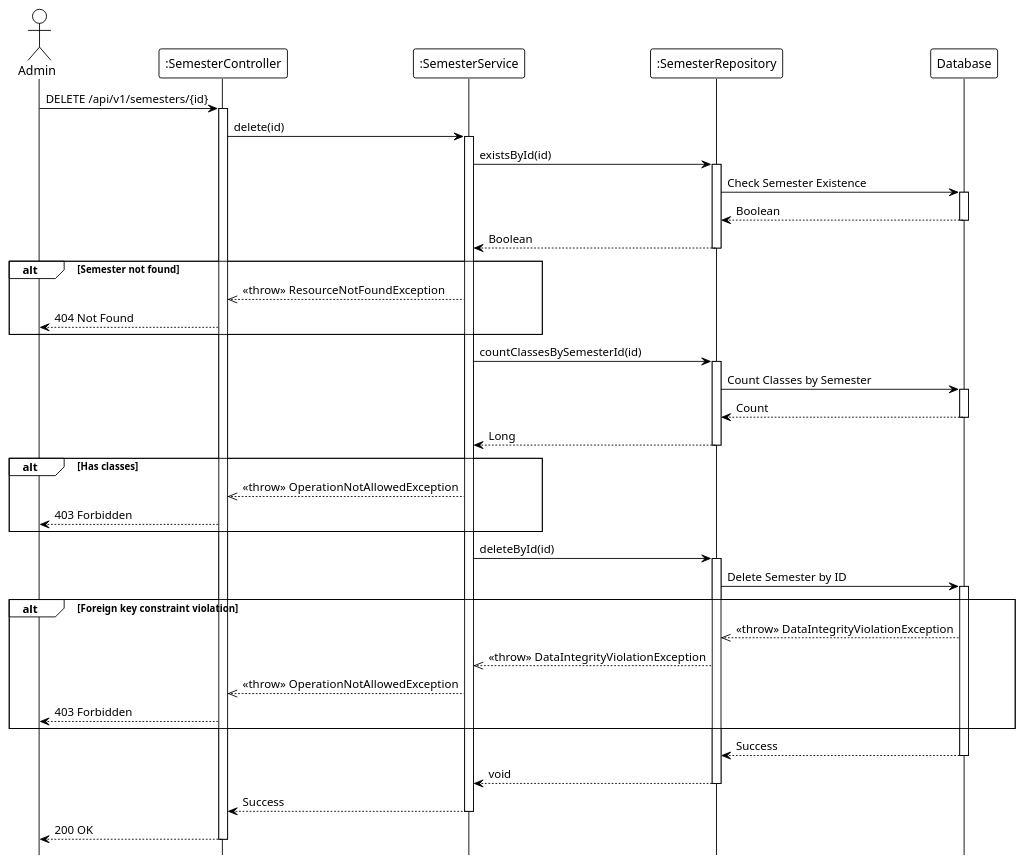
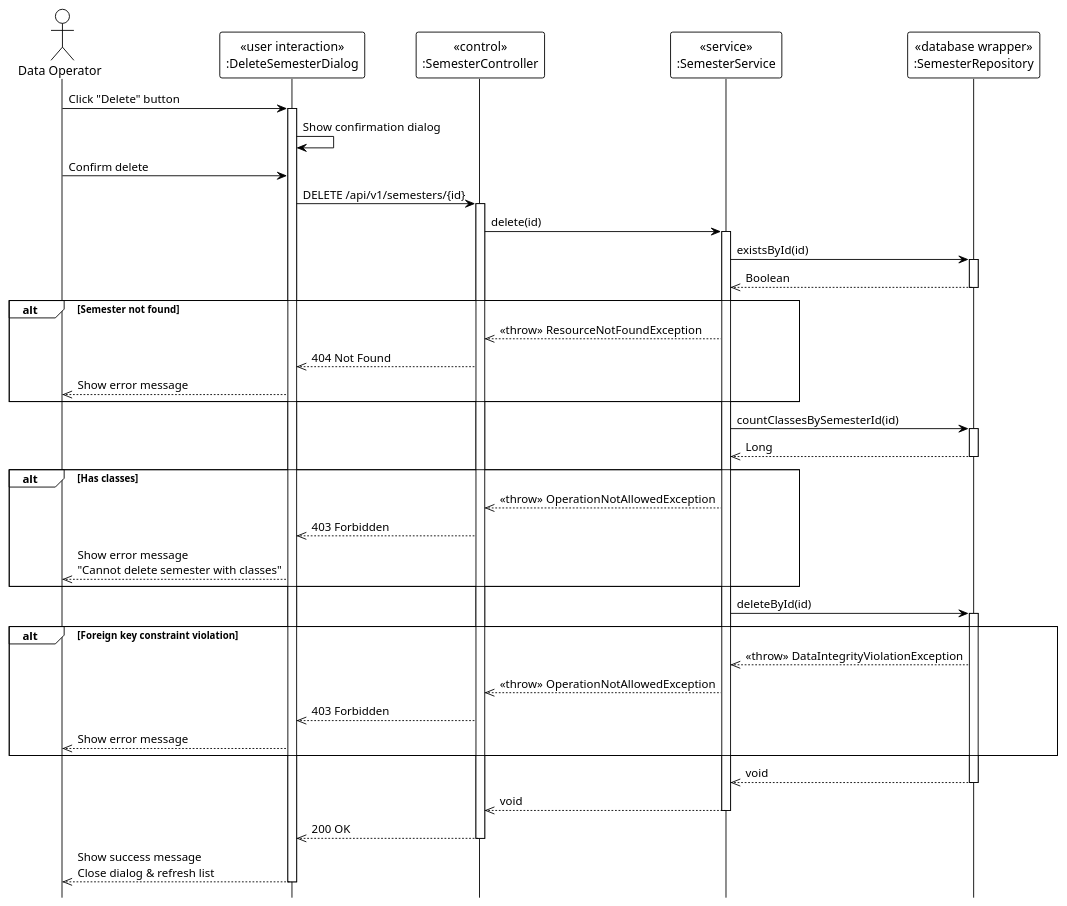
Before and after one commit to Ndh474/context: the diagram in system_detailed_design/09_delete_semester/sequence_diagram_delete_semester.puml, drawn with PlantUML. The commit also changed 6 other files, not shown here.

Commit message:
docs(system_detailed_design): update semester sequence diagrams with UML stereotypes

```diff
--- a/system_detailed_design/09_delete_semester/sequence_diagram_delete_semester.puml
+++ b/system_detailed_design/09_delete_semester/sequence_diagram_delete_semester.puml
@@ -1,78 +1,72 @@
 @startuml delete_semester
 !theme plain
 hide footbox
 
-actor Admin
-participant ":SemesterController" as Controller
-participant ":SemesterService" as Service
-participant ":SemesterRepository" as Repository
-participant "Database" as DB
+actor "Data Operator" as DataOperator
 
-' --- MAIN FLOW ---
-Admin -> Controller: DELETE /api/v1/semesters/{id}
+participant "«user interaction»\n:DeleteSemesterDialog" as UI
+participant "«control»\n:SemesterController" as Controller
+participant "«service»\n:SemesterService" as Service
+participant "«database wrapper»\n:SemesterRepository" as Repository
+
+' === MAIN FLOW ===
+DataOperator -> UI: Click "Delete" button
+activate UI
+
+UI -> UI: Show confirmation dialog
+
+DataOperator -> UI: Confirm delete
+UI -> Controller: DELETE /api/v1/semesters/{id}
 activate Controller
 
 Controller -> Service: delete(id)
 activate Service
 
-' --- CHECK EXISTENCE ---
+' === CHECK EXISTENCE ===
 Service -> Repository: existsById(id)
 activate Repository
-
-Repository -> DB: Check Semester Existence
-activate DB
-DB --> Repository: Boolean
-deactivate DB
-
-Repository --> Service: Boolean
+Repository -->> Service: Boolean
 deactivate Repository
 
 alt Semester not found
     Service -->> Controller: <<throw>> ResourceNotFoundException
-    Controller --> Admin: 404 Not Found
+    Controller -->> UI: 404 Not Found
+    UI -->> DataOperator: Show error message
 end
 
-' --- CHECK CLASSES ---
+' === CHECK CLASSES ===
 Service -> Repository: countClassesBySemesterId(id)
 activate Repository
-
-Repository -> DB: Count Classes by Semester
-activate DB
-DB --> Repository: Count
-deactivate DB
-
-Repository --> Service: Long
+Repository -->> Service: Long
 deactivate Repository
 
 alt Has classes
     Service -->> Controller: <<throw>> OperationNotAllowedException
-    Controller --> Admin: 403 Forbidden
+    Controller -->> UI: 403 Forbidden
+    UI -->> DataOperator: Show error message\n"Cannot delete semester with classes"
 end
 
-' --- DELETE OPERATION ---
+' === DELETE OPERATION ===
 Service -> Repository: deleteById(id)
 activate Repository
 
-Repository -> DB: Delete Semester by ID
-activate DB
-
 alt Foreign key constraint violation
-    DB -->> Repository: <<throw>> DataIntegrityViolationException
     Repository -->> Service: <<throw>> DataIntegrityViolationException
     Service -->> Controller: <<throw>> OperationNotAllowedException
-    Controller --> Admin: 403 Forbidden
+    Controller -->> UI: 403 Forbidden
+    UI -->> DataOperator: Show error message
 end
 
-DB --> Repository: Success
-deactivate DB
-
-Repository --> Service: void
+Repository -->> Service: void
 deactivate Repository
 
-Service --> Controller: Success
+Service -->> Controller: void
 deactivate Service
 
-Controller --> Admin: 200 OK
+Controller -->> UI: 200 OK
 deactivate Controller
 
+UI -->> DataOperator: Show success message\nClose dialog & refresh list
+deactivate UI
+
 @enduml
```
